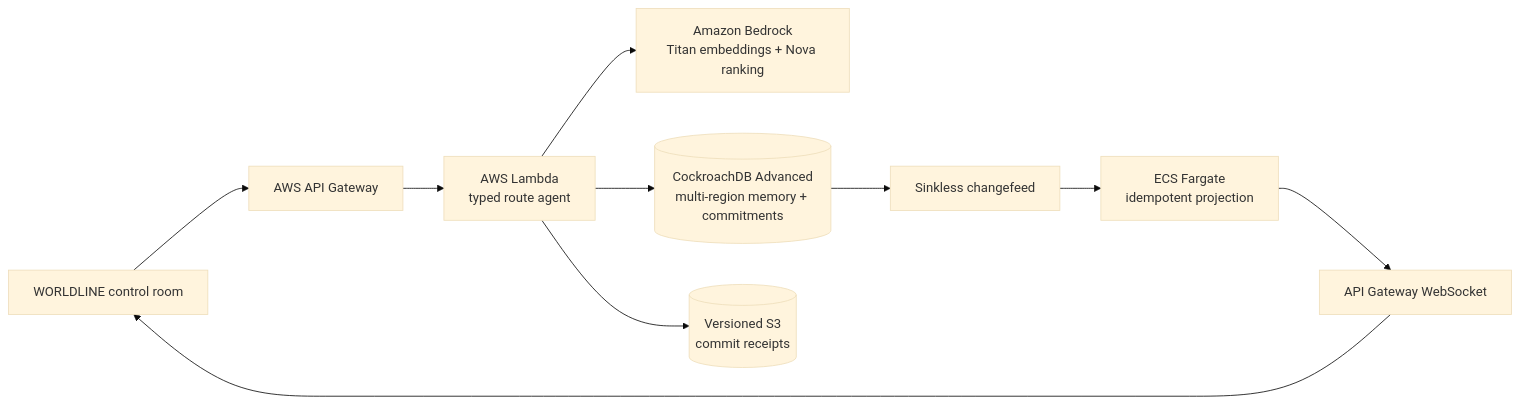
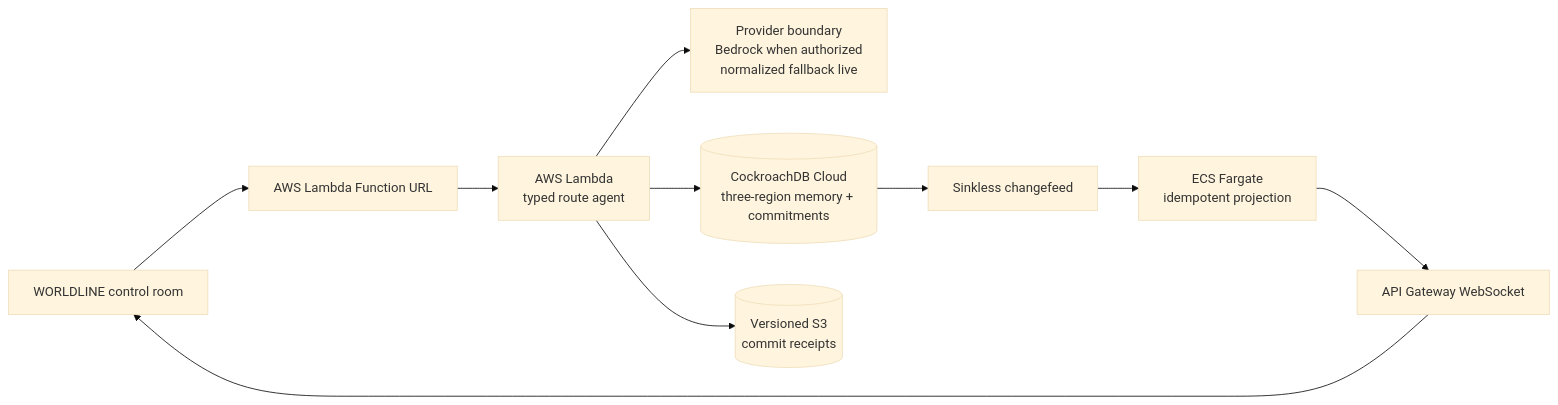
One commit to AdarshSingh-ASR/WorldLine changed the diagram in README.md. Above: the diagram before and after it, drawn with Mermaid (base theme). The commit also changed other lines of this file and 37 other files, not shown here.

Commit message:
Build live WORLDLINE memory plane

````diff
--- a/README.md
+++ b/README.md
@@ -48,12 +48,12 @@
 ```mermaid
 flowchart LR
-    UI["WORLDLINE control room"] --> API["AWS API Gateway"]
+    UI["WORLDLINE control room"] --> API["AWS Lambda Function URL"]
     API --> AGENT["AWS Lambda<br/>typed route agent"]
-    AGENT --> BEDROCK["Amazon Bedrock<br/>Titan embeddings + Nova ranking"]
-    AGENT --> CRDB[("CockroachDB Advanced<br/>multi-region memory + commitments")]
+    AGENT --> PROVIDER["Provider boundary<br/>Bedrock when authorized<br/>normalized fallback live"]
+    AGENT --> CRDB[("CockroachDB Cloud<br/>three-region memory + commitments")]
     AGENT --> S3[("Versioned S3<br/>commit receipts")]
     CRDB --> CDC["Sinkless changefeed"]
     CDC --> ECS["ECS Fargate<br/>idempotent projection"]
     ECS --> WS["API Gateway WebSocket"]
     WS --> UI
 ```
````
